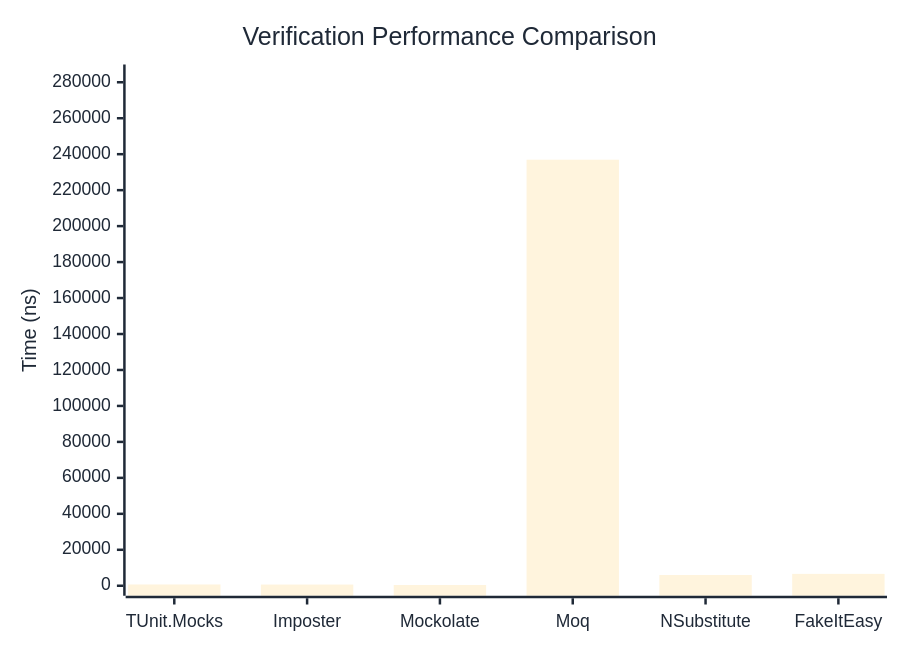
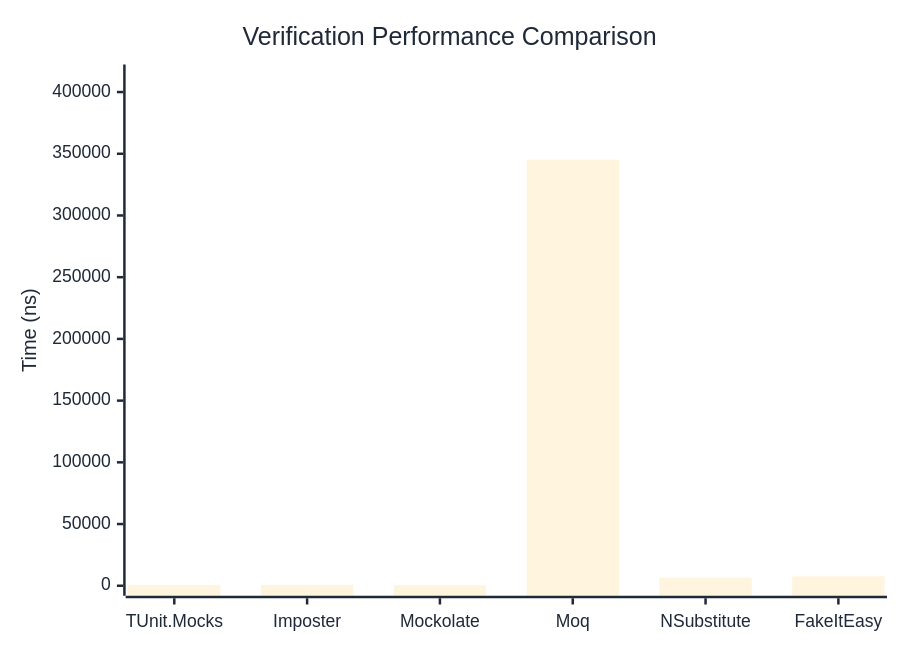
Before and after one commit to weiyilai/TUnit: the first of 3 diagrams in docs/docs/benchmarks/mocks/Verification.md, drawn with Mermaid. The commit also changed other lines of this file and 14 other files, not shown here.

````diff
--- a/docs/docs/benchmarks/mocks/Verification.md
+++ b/docs/docs/benchmarks/mocks/Verification.md
@@ -28,27 +28,27 @@
 ```mermaid
 %%{init: {
   'theme':'base',
   'themeVariables': {
     'primaryColor': '#2563eb',
     'primaryTextColor': '#1f2937',
     'primaryBorderColor': '#1e40af',
     'lineColor': '#6b7280',
     'secondaryColor': '#7c3aed',
     'tertiaryColor': '#dc2626',
     'background': '#ffffff',
     'pie1': '#2563eb',
     'pie2': '#7c3aed',
     'pie3': '#dc2626',
     'pie4': '#f59e0b',
     'pie5': '#10b981',
     'pie6': '#06b6d4',
     'pie7': '#ec4899',
     'pie8': '#6366f1'
   }
 }}%%
 xychart-beta
   title "Verification Performance Comparison"
   x-axis ["TUnit.Mocks", "Imposter", "Mockolate", "Moq", "NSubstitute", "FakeItEasy"]
-  y-axis "Time (ns)" 0 --> 284318
-  bar [714.61, 664.96, 402.97, 236931.26, 5970.47, 6607.76]
+  y-axis "Time (ns)" 0 --> 414226
+  bar [692.2, 743.98, 434.71, 345187.52, 6509.7, 7584.79]
 ```
````
